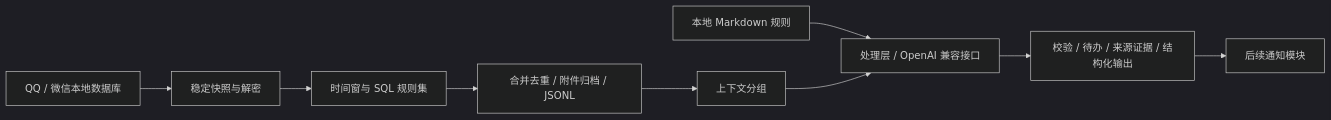
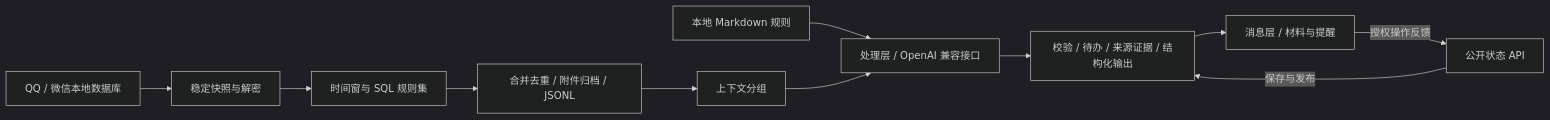
One commit to EmberCollective/chat-collector changed the diagram in docs/development.md. Above: the diagram before and after it, drawn with Mermaid (dark theme). The commit also changed other lines of this file and 15 other files, not shown here.

````diff
--- a/docs/development.md
+++ b/docs/development.md
@@ -9,11 +9,13 @@
 ```mermaid
 flowchart LR
   A[QQ / 微信本地数据库] --> B[稳定快照与解密]
   B --> C[时间窗与 SQL 规则集]
   C --> D[合并去重 / 附件归档 / JSONL]
   D --> E[上下文分组]
   R[本地 Markdown 规则] --> F[处理层 / OpenAI 兼容接口]
   E --> F
   F --> G[校验 / 待办 / 来源证据 / 结构化输出]
-  G --> H[后续通知模块]
+  G --> H[消息层 / 材料与提醒]
+  H -->|授权操作反馈| I[公开状态 API]
+  I -->|保存与发布| G
 ```
````
